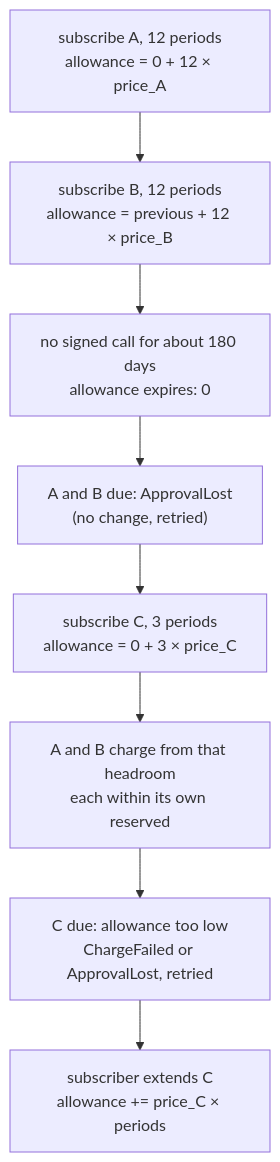
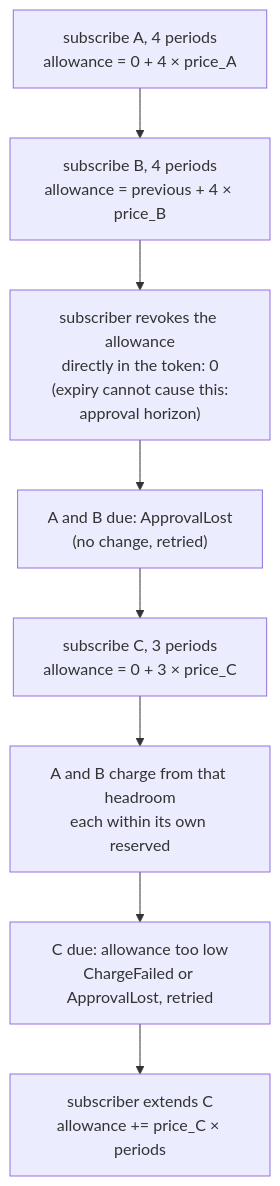
The fourth of 5 diagrams in PiRC2/2-overview.md (PiNetwork/PiRC), drawn with Mermaid before and after one commit. The commit also changed other lines of this file and 6 other files, not shown here.

First line of the commit message:
PiRC2: approval horizon (error 23); Approved vs Needed as future

````diff
--- a/PiRC2/2-overview.md
+++ b/PiRC2/2-overview.md
@@ -118,10 +118,10 @@
 ```mermaid
 flowchart TD
-  S1["subscribe A, 12 periods<br/>allowance = 0 + 12 × price_A"] --> S2["subscribe B, 12 periods<br/>allowance = previous + 12 × price_B"]
-  S2 --> L["no signed call for about 180 days<br/>allowance expires: 0"]
+  S1["subscribe A, 4 periods<br/>allowance = 0 + 4 × price_A"] --> S2["subscribe B, 4 periods<br/>allowance = previous + 4 × price_B"]
+  S2 --> L["subscriber revokes the allowance<br/>directly in the token: 0<br/>(expiry cannot cause this:<br/>approval horizon)"]
   L --> F["A and B due: ApprovalLost<br/>(no change, retried)"]
   F --> S3["subscribe C, 3 periods<br/>allowance = 0 + 3 × price_C"]
   S3 --> CH["A and B charge from that headroom<br/>each within its own reserved"]
   CH --> CF["C due: allowance too low<br/>ChargeFailed or ApprovalLost, retried"]
   CF --> X["subscriber extends C<br/>allowance += price_C × periods"]
 ```
````
